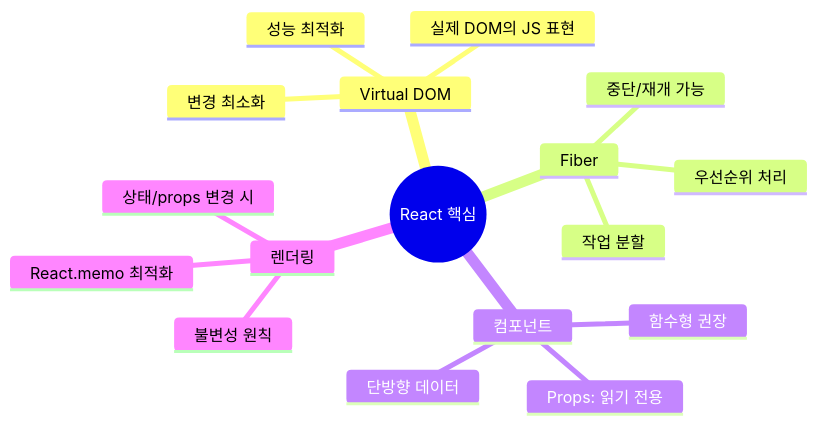
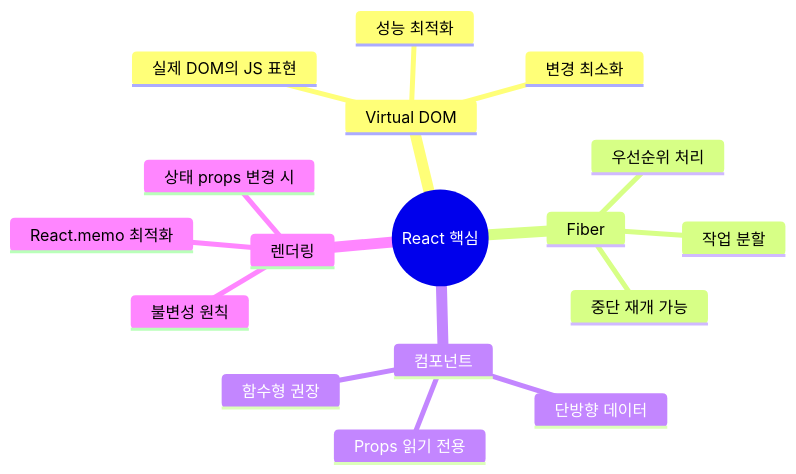
One commit to yjkim2015/yjkim2015.github.io changed the sixth of 6 diagrams in _posts/frontend/2026-05-02-react-fundamentals.md. Above: the diagram before and after it, drawn with Mermaid. The commit also changed other lines of this file and 122 other files, not shown here.

````diff
--- a/_posts/frontend/2026-05-02-react-fundamentals.md
+++ b/_posts/frontend/2026-05-02-react-fundamentals.md
@@ -523,20 +365,20 @@
 ```mermaid
 mindmap
   root((React 핵심))
     Virtual DOM
       실제 DOM의 JS 표현
       변경 최소화
       성능 최적화
     Fiber
       작업 분할
       우선순위 처리
-      중단/재개 가능
+      중단 재개 가능
     컴포넌트
       함수형 권장
-      Props: 읽기 전용
+      Props 읽기 전용
       단방향 데이터
     렌더링
-      상태/props 변경 시
+      상태 props 변경 시
       불변성 원칙
       React.memo 최적화
 ```
````
